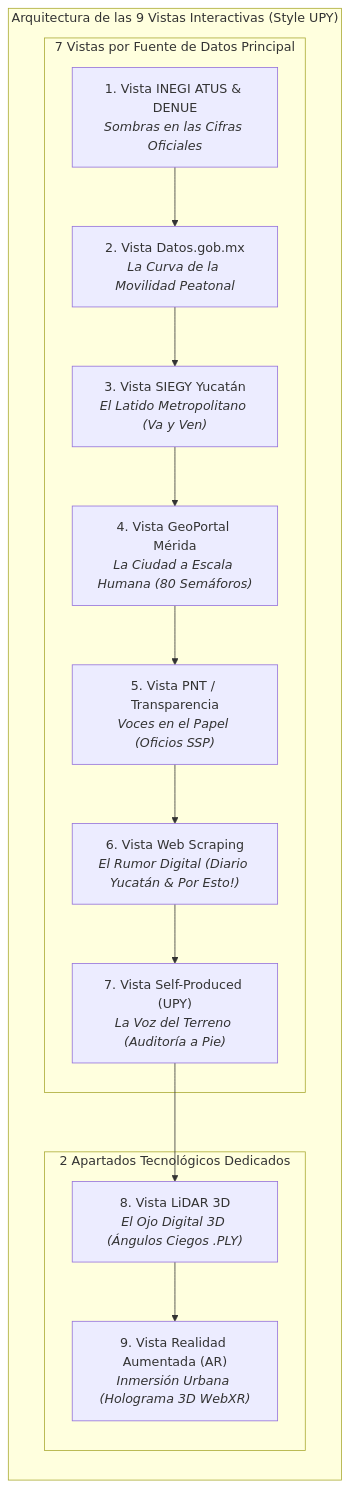
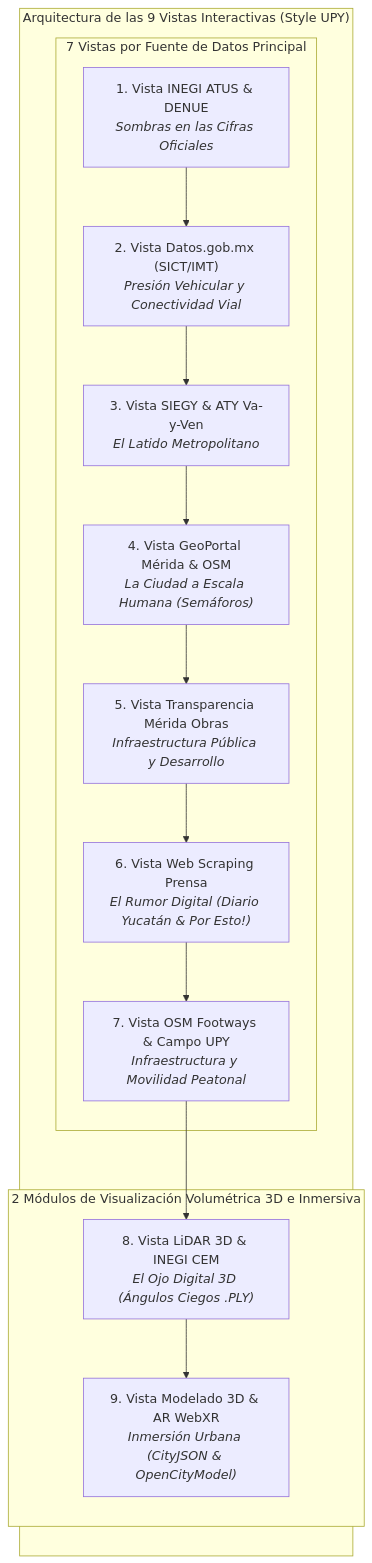
One commit to Rivaldo2309030/Visual-Modeling-For-Information changed the diagram in README.md. Above: the diagram before and after it, drawn with Mermaid. The commit also changed other lines of this file and 6 other files, not shown here.

````diff
--- a/README.md
+++ b/README.md
@@ -21,23 +21,23 @@
 ```mermaid
 flowchart TD
     subgraph DataStorytelling ["Arquitectura de las 9 Vistas Interactivas (Style UPY)"]
         direction TB
         
         subgraph Fuentes ["7 Vistas por Fuente de Datos Principal"]
             V1["1. Vista INEGI ATUS & DENUE<br><i>Sombras en las Cifras Oficiales</i>"]
-            V2["2. Vista Datos.gob.mx<br><i>La Curva de la Movilidad Peatonal</i>"]
-            V3["3. Vista SIEGY Yucatán<br><i>El Latido Metropolitano (Va y Ven)</i>"]
-            V4["4. Vista GeoPortal Mérida<br><i>La Ciudad a Escala Humana (80 Semáforos)</i>"]
-            V5["5. Vista PNT / Transparencia<br><i>Voces en el Papel (Oficios SSP)</i>"]
-            V6["6. Vista Web Scraping<br><i>El Rumor Digital (Diario Yucatán & Por Esto!)</i>"]
-            V7["7. Vista Self-Produced (UPY)<br><i>La Voz del Terreno (Auditoría a Pie)</i>"]
+            V2["2. Vista Datos.gob.mx (SICT/IMT)<br><i>Presión Vehicular y Conectividad Vial</i>"]
+            V3["3. Vista SIEGY & ATY Va-y-Ven<br><i>El Latido Metropolitano</i>"]
+            V4["4. Vista GeoPortal Mérida & OSM<br><i>La Ciudad a Escala Humana (Semáforos)</i>"]
+            V5["5. Vista Transparencia Mérida Obras<br><i>Infraestructura Pública y Desarrollo</i>"]
+            V6["6. Vista Web Scraping Prensa<br><i>El Rumor Digital (Diario Yucatán & Por Esto!)</i>"]
+            V7["7. Vista OSM Footways & Campo UPY<br><i>Infraestructura y Movilidad Peatonal</i>"]
         end
         
-        subgraph Inmersivas ["2 Apartados Tecnológicos Dedicados"]
-            V8["8. Vista LiDAR 3D<br><i>El Ojo Digital 3D (Ángulos Ciegos .PLY)</i>"]
-            V9["9. Vista Realidad Aumentada (AR)<br><i>Inmersión Urbana (Holograma 3D WebXR)</i>"]
+        subgraph Inmersivas ["2 Módulos de Visualización Volumétrica 3D e Inmersiva"]
+            V8["8. Vista LiDAR 3D & INEGI CEM<br><i>El Ojo Digital 3D (Ángulos Ciegos .PLY)</i>"]
+            V9["9. Vista Modelado 3D & AR WebXR<br><i>Inmersión Urbana (CityJSON & OpenCityModel)</i>"]
         end
         
         V1 --> V2 --> V3 --> V4 --> V5 --> V6 --> V7 --> V8 --> V9
     end
 ```
````
